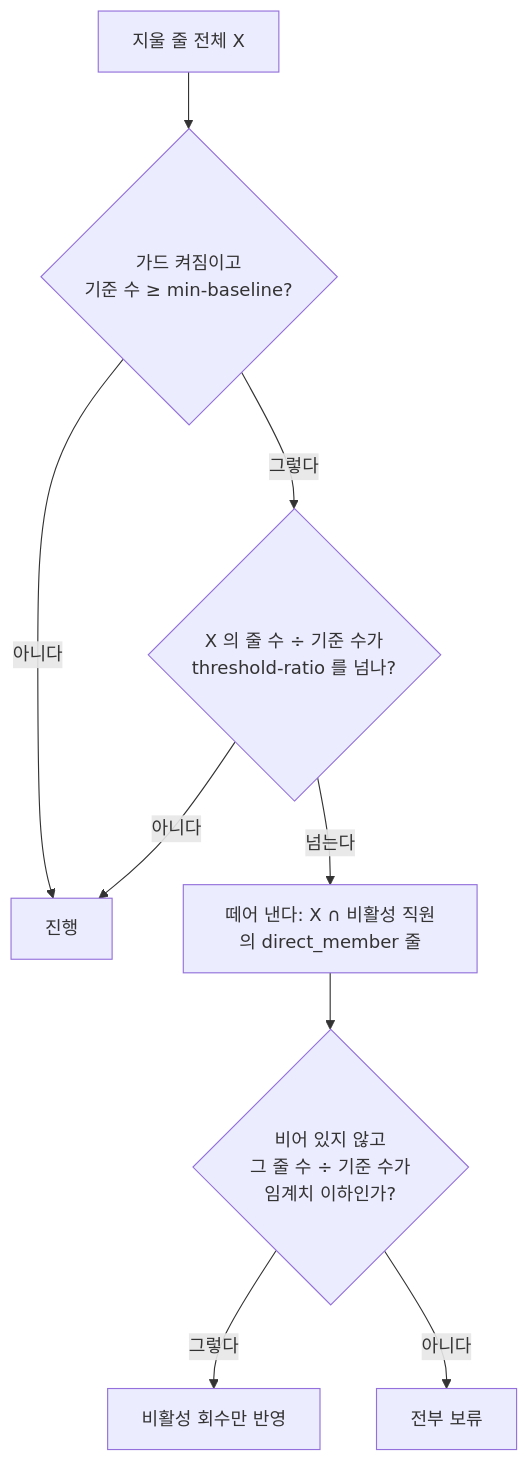
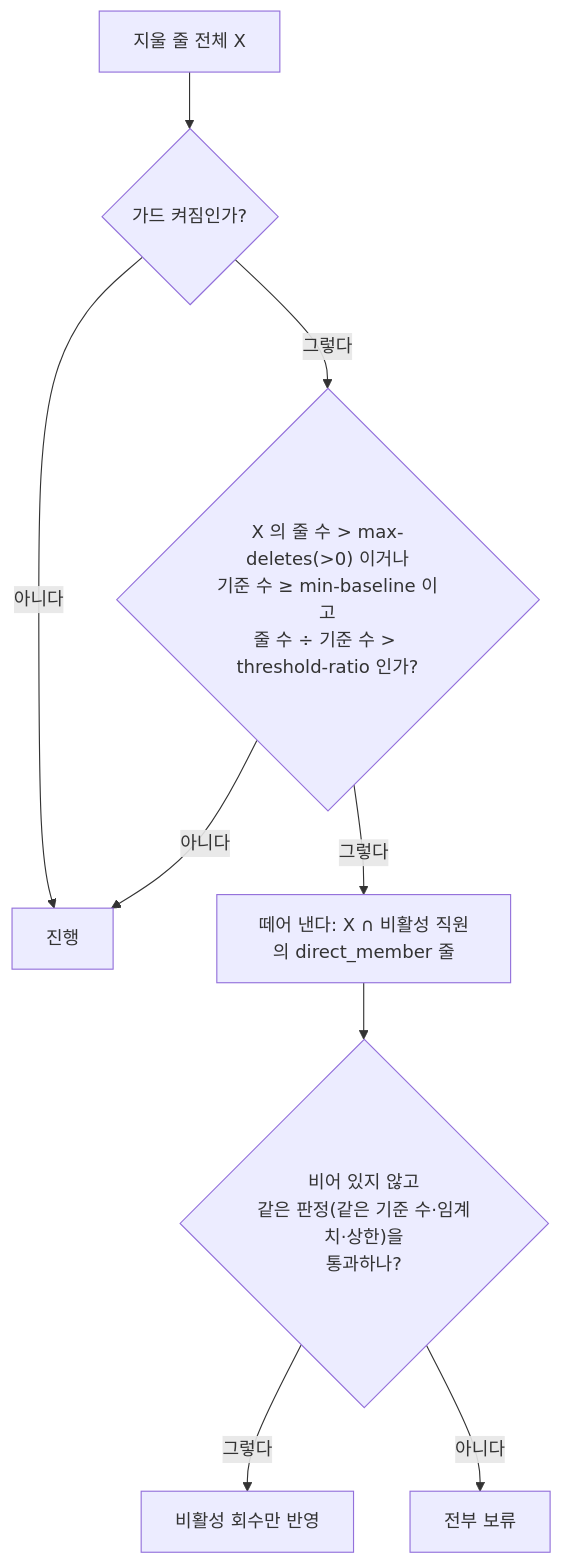
Before and after one commit to starryeye/organization: the third of 5 diagrams in docs/onboarding/05-LDAP-동기화.md, drawn with Mermaid. The commit also changed other lines of this file and 9 other files, not shown here.

Commit message:
docs: 삭제 가드의 절대 수 상한(max-deletes, 기본 5000)을 README 와 온보딩에 반영한다 — 판정·문구·설정·장부 맞추기에서 달라지는 것·13 §3.3·§3.4 (가드 상한)

````diff
--- a/docs/onboarding/05-LDAP-동기화.md
+++ b/docs/onboarding/05-LDAP-동기화.md
@@ -566,11 +566,11 @@
 ```mermaid
 flowchart TD
-    a["지울 줄 전체 X"] --> g0{"가드 켜짐이고<br/>기준 수 ≥ min-baseline?"}
+    a["지울 줄 전체 X"] --> g0{"가드 켜짐인가?"}
     g0 -- "아니다" --> go["진행"]
-    g0 -- "그렇다" --> g1{"X 의 줄 수 ÷ 기준 수가<br/>threshold-ratio 를 넘나?"}
+    g0 -- "그렇다" --> g1{"X 의 줄 수 > max-deletes(>0) 이거나<br/>기준 수 ≥ min-baseline 이고<br/>줄 수 ÷ 기준 수 > threshold-ratio 인가?"}
     g1 -- "아니다" --> go
-    g1 -- "넘는다" --> r["떼어 낸다: X ∩ 비활성 직원의 direct_member 줄"]
-    r --> g2{"비어 있지 않고<br/>그 줄 수 ÷ 기준 수가<br/>임계치 이하인가?"}
+    g1 -- "그렇다" --> r["떼어 낸다: X ∩ 비활성 직원의 direct_member 줄"]
+    r --> g2{"비어 있지 않고<br/>같은 판정(같은 기준 수·임계치·상한)을<br/>통과하나?"}
     g2 -- "그렇다" --> part["비활성 회수만 반영"]
     g2 -- "아니다" --> hold["전부 보류"]
 ```
````
